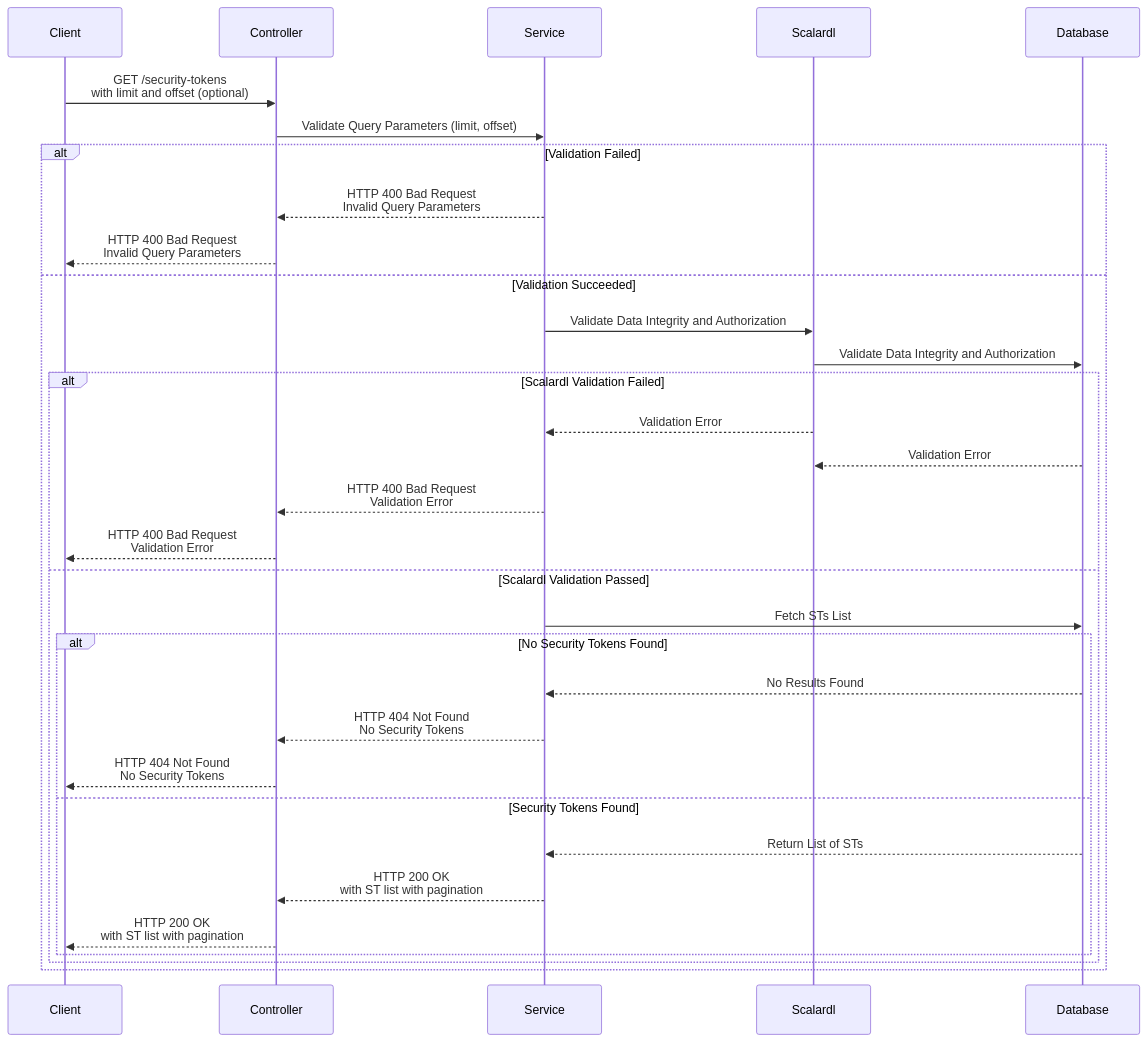
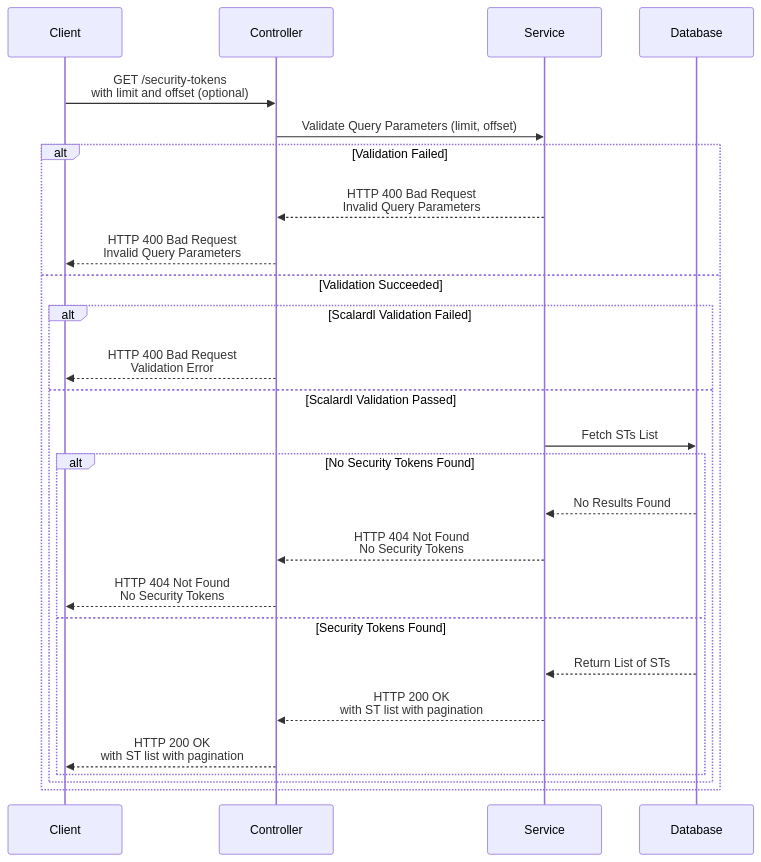
One commit to MayuriSutar12/protocol_8_api_doc changed the diagram in new_list_security_token.md. Above: the diagram before and after it, drawn with Mermaid.

````diff
--- a/new_list_security_token.md
+++ b/new_list_security_token.md
@@ -3,35 +3,29 @@
 ```mermaid
 sequenceDiagram
     participant Client as Client
     participant Controller as Controller
     participant Service as Service
-    participant Scalardl as Scalardl
     participant Database as Database
 
     Client ->> Controller: GET /security-tokens<br/>with limit and offset (optional)
     Controller ->> Service: Validate Query Parameters (limit, offset)
     alt Validation Failed
         Service -->> Controller: HTTP 400 Bad Request<br/>Invalid Query Parameters
         Controller -->> Client: HTTP 400 Bad Request<br/>Invalid Query Parameters
     else Validation Succeeded
-        Service ->> Scalardl: Validate Data Integrity and Authorization
-        Scalardl ->> Database: Validate Data Integrity and Authorization
         alt Scalardl Validation Failed
-            Scalardl -->> Service: Validation Error
-            Database -->> Scalardl: Validation Error
-            Service -->> Controller: HTTP 400 Bad Request<br/>Validation Error
             Controller -->> Client: HTTP 400 Bad Request<br/>Validation Error
         else Scalardl Validation Passed
             Service ->> Database: Fetch STs List
             alt No Security Tokens Found
                 Database -->> Service: No Results Found
                 Service -->> Controller: HTTP 404 Not Found<br/>No Security Tokens
                 Controller -->> Client: HTTP 404 Not Found<br/>No Security Tokens
             else Security Tokens Found
                 Database -->> Service: Return List of STs
                 Service -->> Controller: HTTP 200 OK<br/>with ST list with pagination
                 Controller -->> Client: HTTP 200 OK<br/>with ST list with pagination
             end
         end
 end
 ```
````
